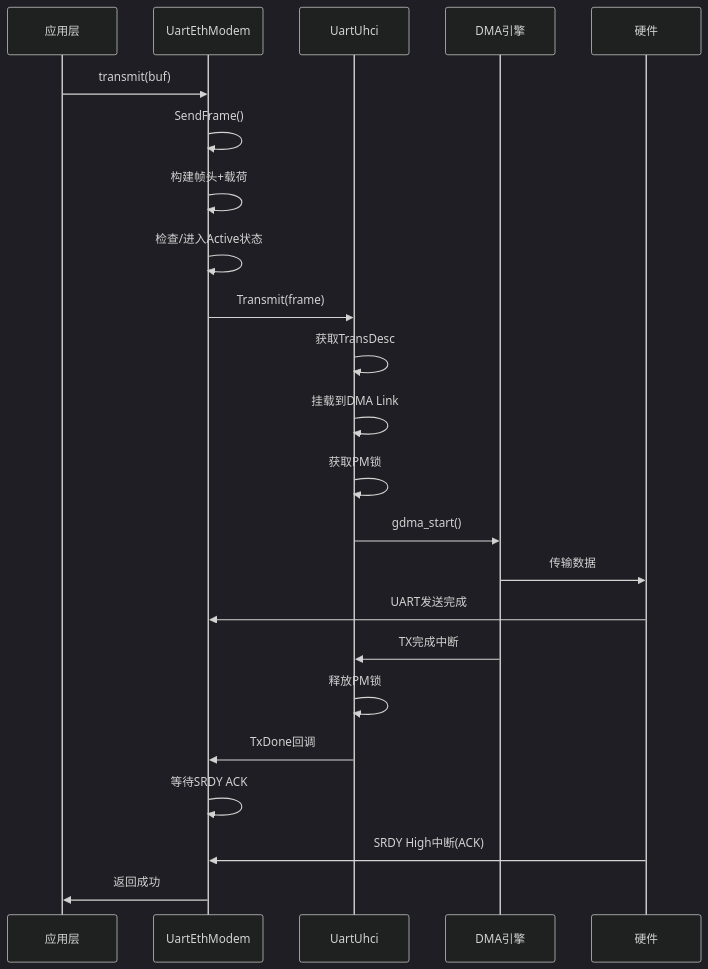
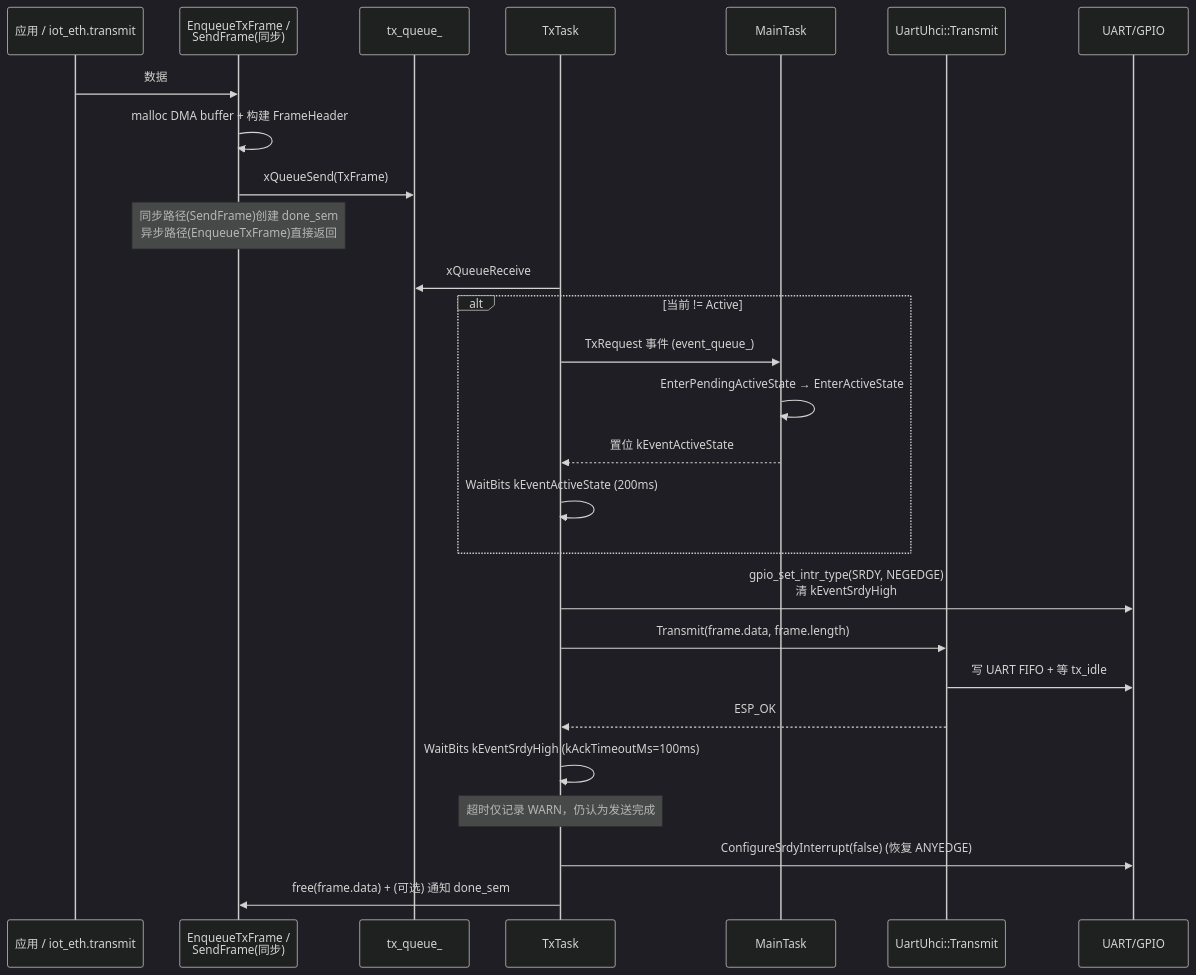
One commit to 78/uart-eth-modem changed diagram 15 of 22 in WORKING_PRINCIPLE.md. Above: the diagram before and after it, drawn with Mermaid (dark theme). The commit also changed other lines of this file and 2 other files, not shown here.

````diff
--- a/WORKING_PRINCIPLE.md
+++ b/WORKING_PRINCIPLE.md
@@ -563,30 +572,34 @@
 ```mermaid
 sequenceDiagram
-    participant APP as 应用层
-    participant MODEM as UartEthModem
-    participant UHCI as UartUhci
-    participant DMA as DMA引擎
-    participant HW as 硬件
-    
-    APP->>MODEM: transmit(buf)
-    MODEM->>MODEM: SendFrame()
-    MODEM->>MODEM: 构建帧头+载荷
-    MODEM->>MODEM: 检查/进入Active状态
-    
-    MODEM->>UHCI: Transmit(frame)
-    UHCI->>UHCI: 获取TransDesc
-    UHCI->>UHCI: 挂载到DMA Link
-    UHCI->>UHCI: 获取PM锁
-    UHCI->>DMA: gdma_start()
-    
-    DMA->>HW: 传输数据
-    HW->>MODEM: UART发送完成
-    
-    DMA->>UHCI: TX完成中断
-    UHCI->>UHCI: 释放PM锁
-    UHCI->>MODEM: TxDone回调
-    
-    MODEM->>MODEM: 等待SRDY ACK
-    HW->>MODEM: SRDY High中断(ACK)
-    MODEM->>APP: 返回成功
+    participant APP as 应用 / iot_eth.transmit
+    participant ENQ as EnqueueTxFrame /<br/>SendFrame(同步)
+    participant TQ as tx_queue_
+    participant TX as TxTask
+    participant MAIN as MainTask
+    participant UHCI as UartUhci::Transmit
+    participant HW as UART/GPIO
+
+    APP->>ENQ: 数据
+    ENQ->>ENQ: malloc DMA buffer + 构建 FrameHeader
+    ENQ->>TQ: xQueueSend(TxFrame)
+    note over ENQ: 同步路径(SendFrame)创建 done_sem<br/>异步路径(EnqueueTxFrame)直接返回
+
+    TX->>TQ: xQueueReceive
+    alt 当前 != Active
+        TX->>MAIN: TxRequest 事件 (event_queue_)
+        MAIN->>MAIN: EnterPendingActiveState → EnterActiveState
+        MAIN-->>TX: 置位 kEventActiveState
+        TX->>TX: WaitBits kEventActiveState (200ms)
+    end
+
+    TX->>HW: gpio_set_intr_type(SRDY, NEGEDGE)<br/>清 kEventSrdyHigh
+    TX->>UHCI: Transmit(frame.data, frame.length)
+    UHCI->>HW: 写 UART FIFO + 等 tx_idle
+    UHCI-->>TX: ESP_OK
+
+    TX->>TX: WaitBits kEventSrdyHigh (kAckTimeoutMs=100ms)
+    note over TX: 超时仅记录 WARN，仍认为发送完成
+
+    TX->>HW: ConfigureSrdyInterrupt(false) (恢复 ANYEDGE)
+    TX->>ENQ: free(frame.data) + (可选) 通知 done_sem
 ```
````
